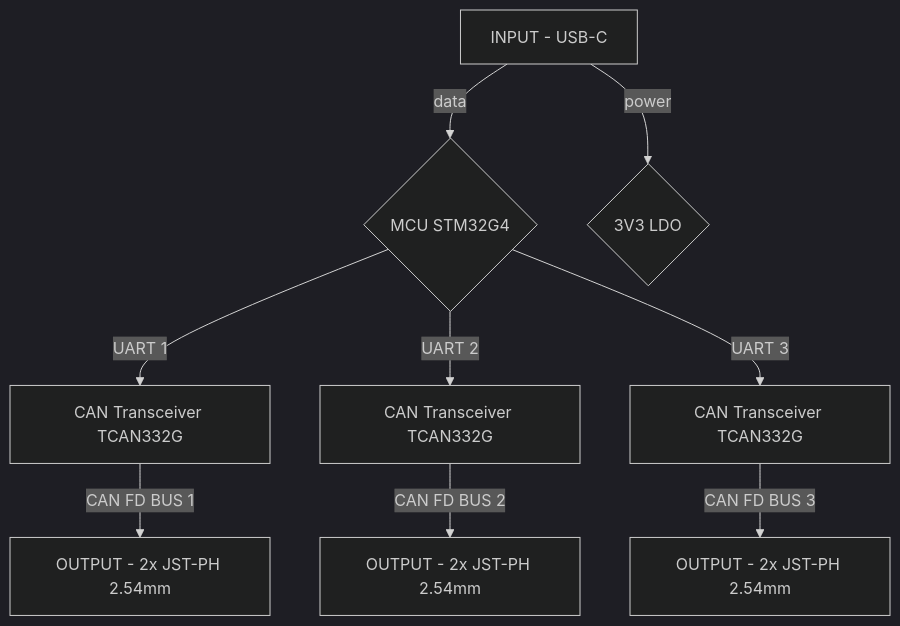
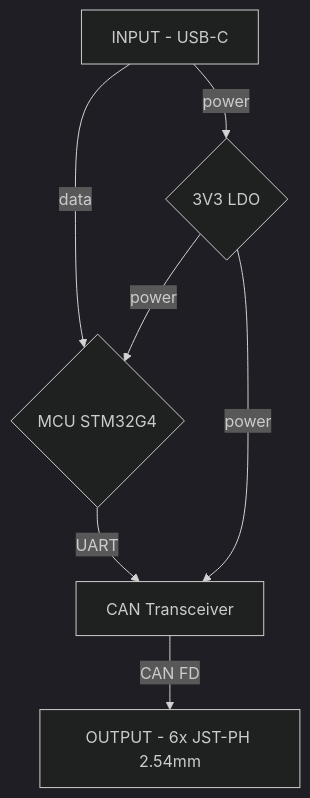
The first of 2 diagrams in notes/1. Projects/CUPI/HEXAPOD USB-to-CAN V2.md (syntonos/wiki), drawn with Mermaid (dark theme) before and after one commit.

Commit message:
functional block diagram

````diff
--- a/notes/1. Projects/CUPI/HEXAPOD USB-to-CAN V2.md
+++ b/notes/1. Projects/CUPI/HEXAPOD USB-to-CAN V2.md
@@ -29,11 +29,10 @@
 ```mermaid
 flowchart TD
     A[INPUT - USB-C] --data--> B{MCU STM32G4}
     A --power--> C{3V3 LDO}
-    B --UART 1--> D[CAN Transceiver TCAN332G]
-    B --UART 2--> E[CAN Transceiver TCAN332G]
-    B --UART 3--> F[CAN Transceiver TCAN332G]
-    D --CAN FD BUS 1--> G[OUTPUT - 2x JST-PH 2.54mm]
-    E --CAN FD BUS 2--> H[OUTPUT - 2x JST-PH 2.54mm]
-    F --CAN FD BUS 3--> I[OUTPUT - 2x JST-PH 2.54mm]
+    C --power--> B 
+    C --power--> D
+    B --UART--> D[CAN Transceiver]
+    D --CAN FD--> E[OUTPUT - 6x JST-PH 2.54mm]
+
 ```
````
